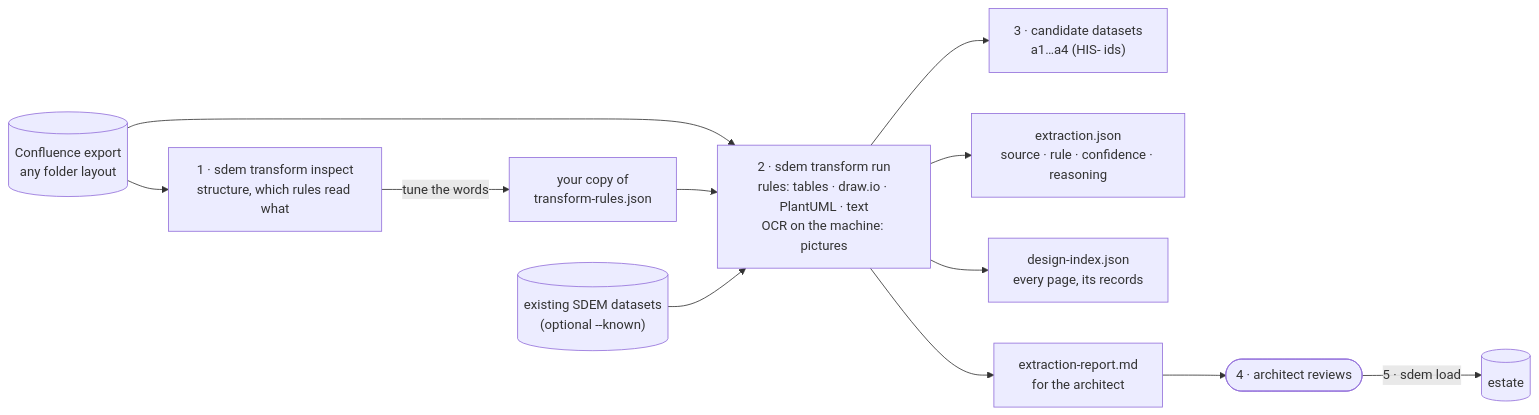
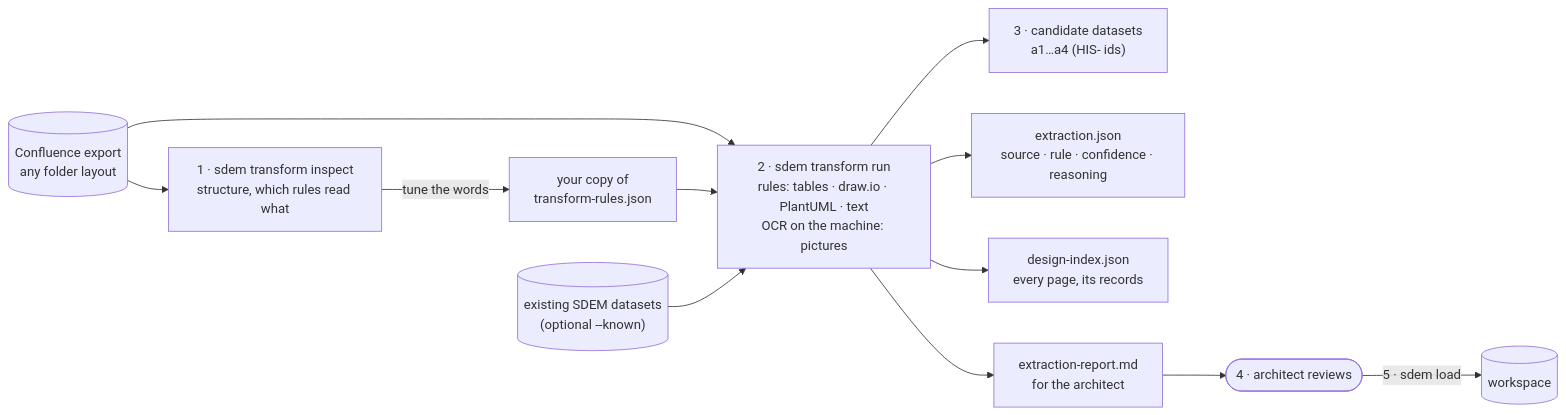
One commit to taumoeps/bian-sdem-framework changed the first of 2 diagrams in docs/design/sdem-transform-design.md. Above: the diagram before and after it, drawn with Mermaid. The commit also changed other lines of this file and 155 other files, not shown here.

````diff
--- a/docs/design/sdem-transform-design.md
+++ b/docs/design/sdem-transform-design.md
@@ -61,14 +61,14 @@
 ```mermaid
 flowchart LR
     conf[("Confluence export<br/>any folder layout")] --> inspect["1 · sdem transform inspect<br/>structure, which rules read what"]
     inspect -->|"tune the words"| rules["your copy of<br/>transform-rules.json"]
     conf --> extract["2 · sdem transform run<br/>rules: tables · draw.io · PlantUML · text<br/>OCR on the machine: pictures"]
     rules --> extract
     known[("existing SDEM datasets<br/>(optional --known)")] --> extract
     extract --> cand["3 · candidate datasets<br/>a1…a4 (HIS- ids)"]
     extract --> prov["extraction.json<br/>source · rule · confidence · reasoning"]
     extract --> idx["design-index.json<br/>every page, its records"]
     extract --> rep["extraction-report.md<br/>for the architect"]
     rep --> person(["4 · architect reviews"])
-    person -->|"5 · sdem load"| estate[("estate")]
+    person -->|"5 · sdem load"| workspace[("workspace")]
 ```
````
